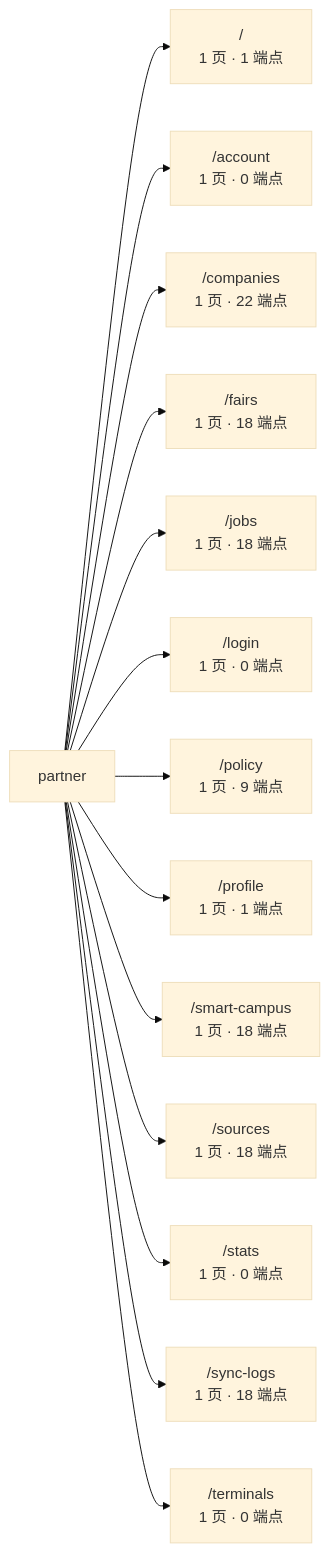
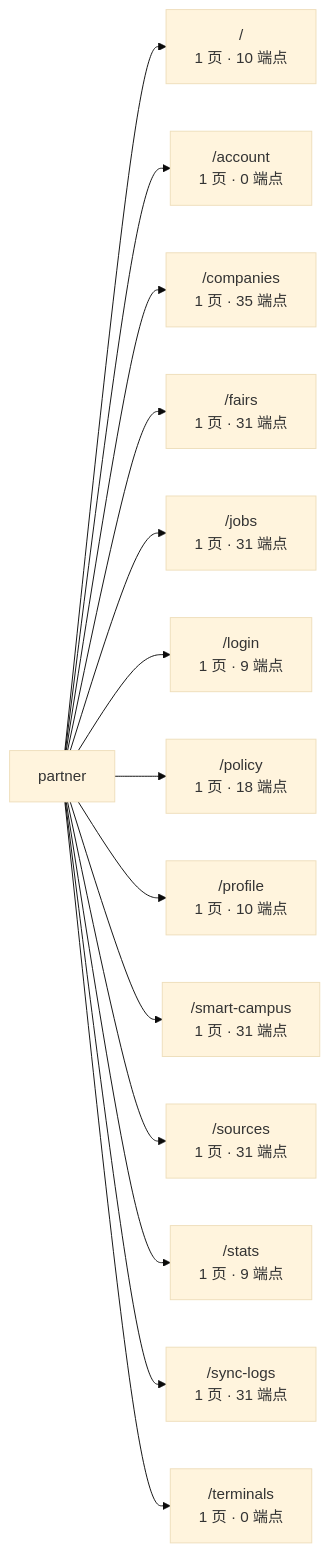
One commit to wanglei581/YITIJI changed the third of 3 diagrams in docs/graph/routes.md. Above: the diagram before and after it, drawn with Mermaid (base theme). The commit also changed other lines of this file and 8 other files, not shown here.

First line of the commit message:
fix(graph): 补齐 lazy 路由与多控制器解析

````diff
--- a/docs/graph/routes.md
+++ b/docs/graph/routes.md
@@ -426,17 +508,17 @@
 ```mermaid
 flowchart LR
   app["partner"]
-  app --> _root_["/<br/>1 页 · 1 端点"]
+  app --> _root_["/<br/>1 页 · 10 端点"]
   app --> account["/account<br/>1 页 · 0 端点"]
-  app --> companies["/companies<br/>1 页 · 22 端点"]
-  app --> fairs["/fairs<br/>1 页 · 18 端点"]
-  app --> jobs["/jobs<br/>1 页 · 18 端点"]
-  app --> login["/login<br/>1 页 · 0 端点"]
-  app --> policy["/policy<br/>1 页 · 9 端点"]
-  app --> profile["/profile<br/>1 页 · 1 端点"]
-  app --> smart_campus["/smart-campus<br/>1 页 · 18 端点"]
-  app --> sources["/sources<br/>1 页 · 18 端点"]
-  app --> stats["/stats<br/>1 页 · 0 端点"]
-  app --> sync_logs["/sync-logs<br/>1 页 · 18 端点"]
+  app --> companies["/companies<br/>1 页 · 35 端点"]
+  app --> fairs["/fairs<br/>1 页 · 31 端点"]
+  app --> jobs["/jobs<br/>1 页 · 31 端点"]
+  app --> login["/login<br/>1 页 · 9 端点"]
+  app --> policy["/policy<br/>1 页 · 18 端点"]
+  app --> profile["/profile<br/>1 页 · 10 端点"]
+  app --> smart_campus["/smart-campus<br/>1 页 · 31 端点"]
+  app --> sources["/sources<br/>1 页 · 31 端点"]
+  app --> stats["/stats<br/>1 页 · 9 端点"]
+  app --> sync_logs["/sync-logs<br/>1 页 · 31 端点"]
   app --> terminals["/terminals<br/>1 页 · 0 端点"]
 ```
````
